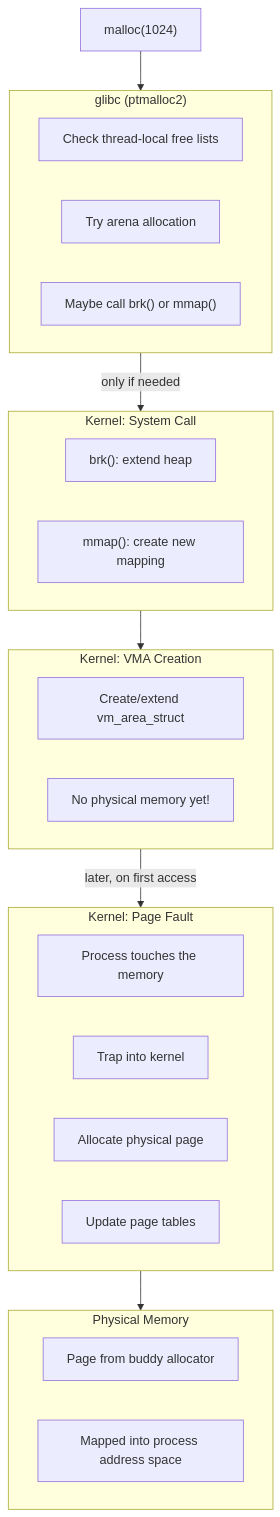
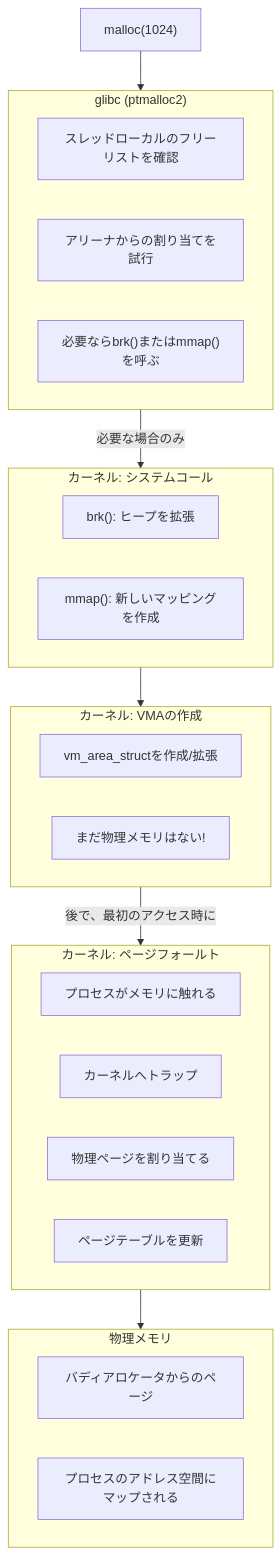
Before and after one commit to doguto/linux-kernel-internals-jp: the first of 4 diagrams in docs/mm/life-of-malloc.md, drawn with Mermaid. The commit also changed other lines of this file and 12 other files, not shown here.

````diff
--- a/docs/mm/life-of-malloc.md
+++ b/docs/mm/life-of-malloc.md
@@ -9,40 +9,40 @@
 ```mermaid
 flowchart TD
     A["malloc(1024)"] --> B
 
     subgraph B["glibc (ptmalloc2)"]
-        B1["Check thread-local free lists"]
-        B2["Try arena allocation"]
-        B3["Maybe call brk() or mmap()"]
+        B1["スレッドローカルのフリーリストを確認"]
+        B2["アリーナからの割り当てを試行"]
+        B3["必要ならbrk()またはmmap()を呼ぶ"]
     end
 
-    B -->|"only if needed"| C
+    B -->|"必要な場合のみ"| C
 
-    subgraph C["Kernel: System Call"]
-        C1["brk(): extend heap"]
-        C2["mmap(): create new mapping"]
+    subgraph C["カーネル: システムコール"]
+        C1["brk(): ヒープを拡張"]
+        C2["mmap(): 新しいマッピングを作成"]
     end
 
     C --> D
 
-    subgraph D["Kernel: VMA Creation"]
-        D1["Create/extend vm_area_struct"]
-        D2["No physical memory yet!"]
+    subgraph D["カーネル: VMAの作成"]
+        D1["vm_area_structを作成/拡張"]
+        D2["まだ物理メモリはない!"]
     end
 
-    D -->|"later, on first access"| E
+    D -->|"後で、最初のアクセス時に"| E
 
-    subgraph E["Kernel: Page Fault"]
-        E1["Process touches the memory"]
-        E2["Trap into kernel"]
-        E3["Allocate physical page"]
-        E4["Update page tables"]
+    subgraph E["カーネル: ページフォールト"]
+        E1["プロセスがメモリに触れる"]
+        E2["カーネルへトラップ"]
+        E3["物理ページを割り当てる"]
+        E4["ページテーブルを更新"]
     end
 
     E --> F
 
-    subgraph F["Physical Memory"]
-        F1["Page from buddy allocator"]
-        F2["Mapped into process address space"]
+    subgraph F["物理メモリ"]
+        F1["バディアロケータからのページ"]
+        F2["プロセスのアドレス空間にマップされる"]
     end
 ```
````
